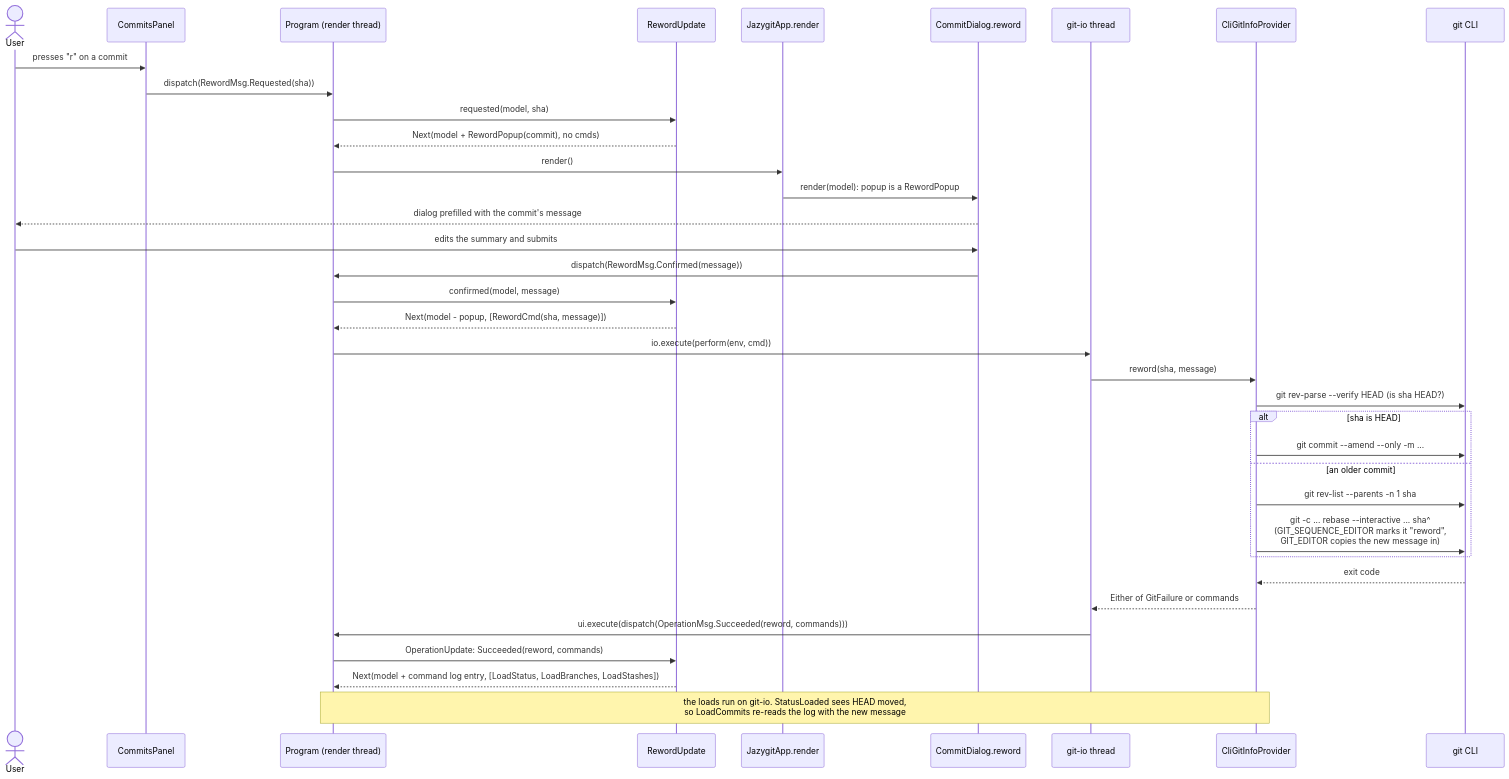
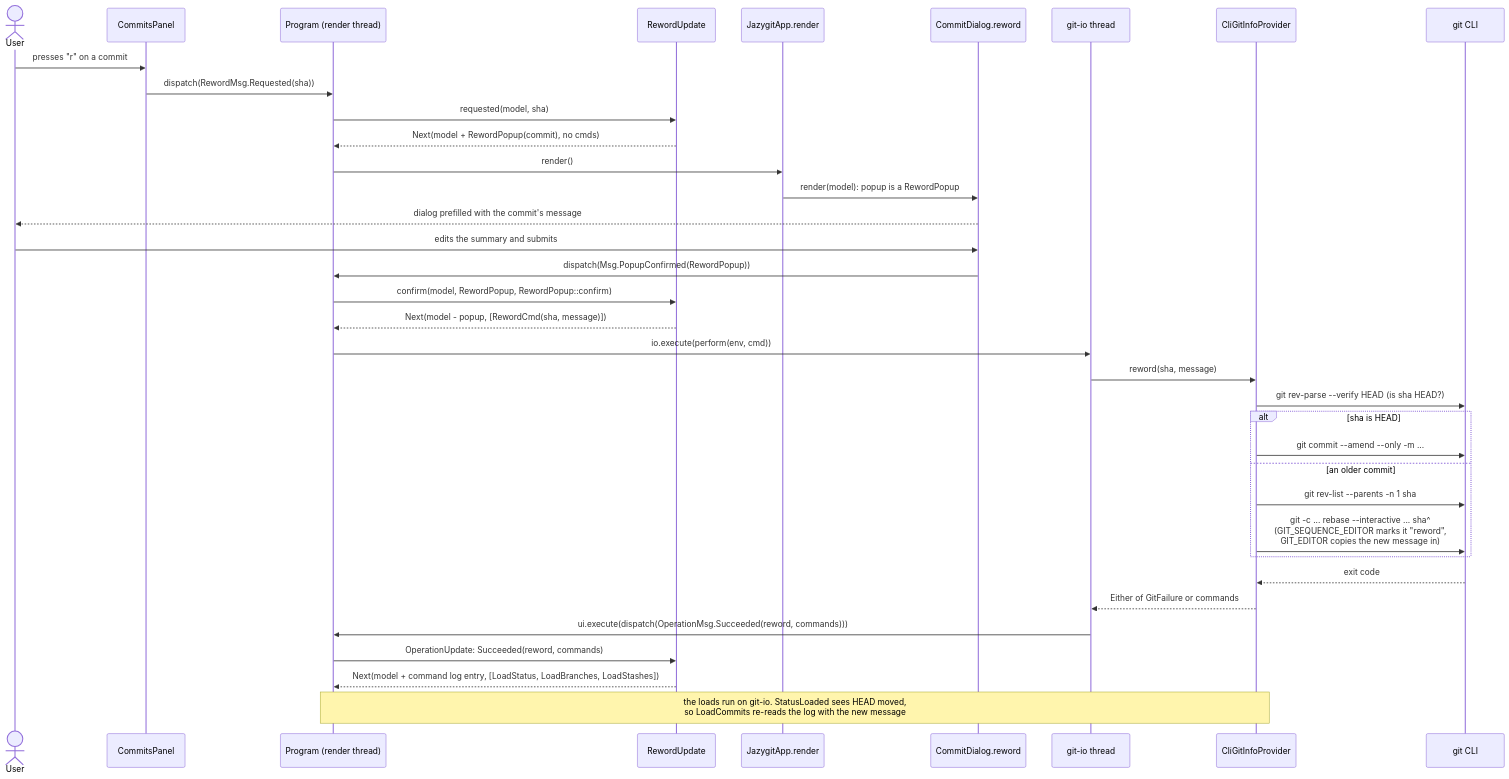
The sixth of 7 diagrams in ARCHITECTURE.md (cvanfleteren/jazygit), drawn with Mermaid before and after one commit. The commit also changed other lines of this file and 82 other files, not shown here.

````diff
--- a/ARCHITECTURE.md
+++ b/ARCHITECTURE.md
@@ -864,42 +866,42 @@
 ```mermaid
 sequenceDiagram
     actor User
     participant Panel as CommitsPanel
     participant Program as Program (render thread)
     participant Update as RewordUpdate
     participant App as JazygitApp.render
     participant Dialog as CommitDialog.reword
     participant IO as git-io thread
     participant Provider as CliGitInfoProvider
     participant Git as git CLI
 
     User->>Panel: presses "r" on a commit
     Panel->>Program: dispatch(RewordMsg.Requested(sha))
     Program->>Update: requested(model, sha)
     Update-->>Program: Next(model + RewordPopup(commit), no cmds)
     Program->>App: render()
     App->>Dialog: render(model): popup is a RewordPopup
     Dialog-->>User: dialog prefilled with the commit's message
 
     User->>Dialog: edits the summary and submits
-    Dialog->>Program: dispatch(RewordMsg.Confirmed(message))
-    Program->>Update: confirmed(model, message)
+    Dialog->>Program: dispatch(Msg.PopupConfirmed(RewordPopup))
+    Program->>Update: confirm(model, RewordPopup, RewordPopup::confirm)
     Update-->>Program: Next(model - popup, [RewordCmd(sha, message)])
     Program->>IO: io.execute(perform(env, cmd))
 
     IO->>Provider: reword(sha, message)
     Provider->>Git: git rev-parse --verify HEAD (is sha HEAD?)
     alt sha is HEAD
         Provider->>Git: git commit --amend --only -m ...
     else an older commit
         Provider->>Git: git rev-list --parents -n 1 sha
         Provider->>Git: git -c ... rebase --interactive ... sha^<br/>(GIT_SEQUENCE_EDITOR marks it "reword",<br/>GIT_EDITOR copies the new message in)
     end
     Git-->>Provider: exit code
     Provider-->>IO: Either of GitFailure or commands
     IO->>Program: ui.execute(dispatch(OperationMsg.Succeeded(reword, commands)))
 
     Program->>Update: OperationUpdate: Succeeded(reword, commands)
     Update-->>Program: Next(model + command log entry, [LoadStatus, LoadBranches, LoadStashes])
     Note over Program,Provider: the loads run on git-io. StatusLoaded sees HEAD moved,<br/>so LoadCommits re-reads the log with the new message
 ```
````
